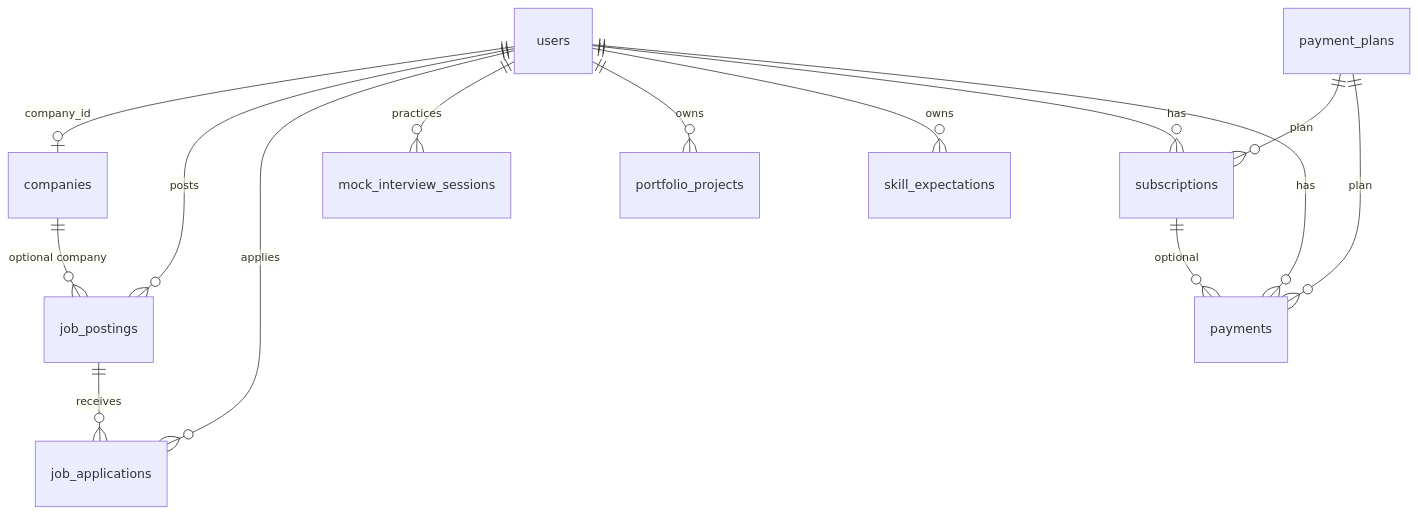
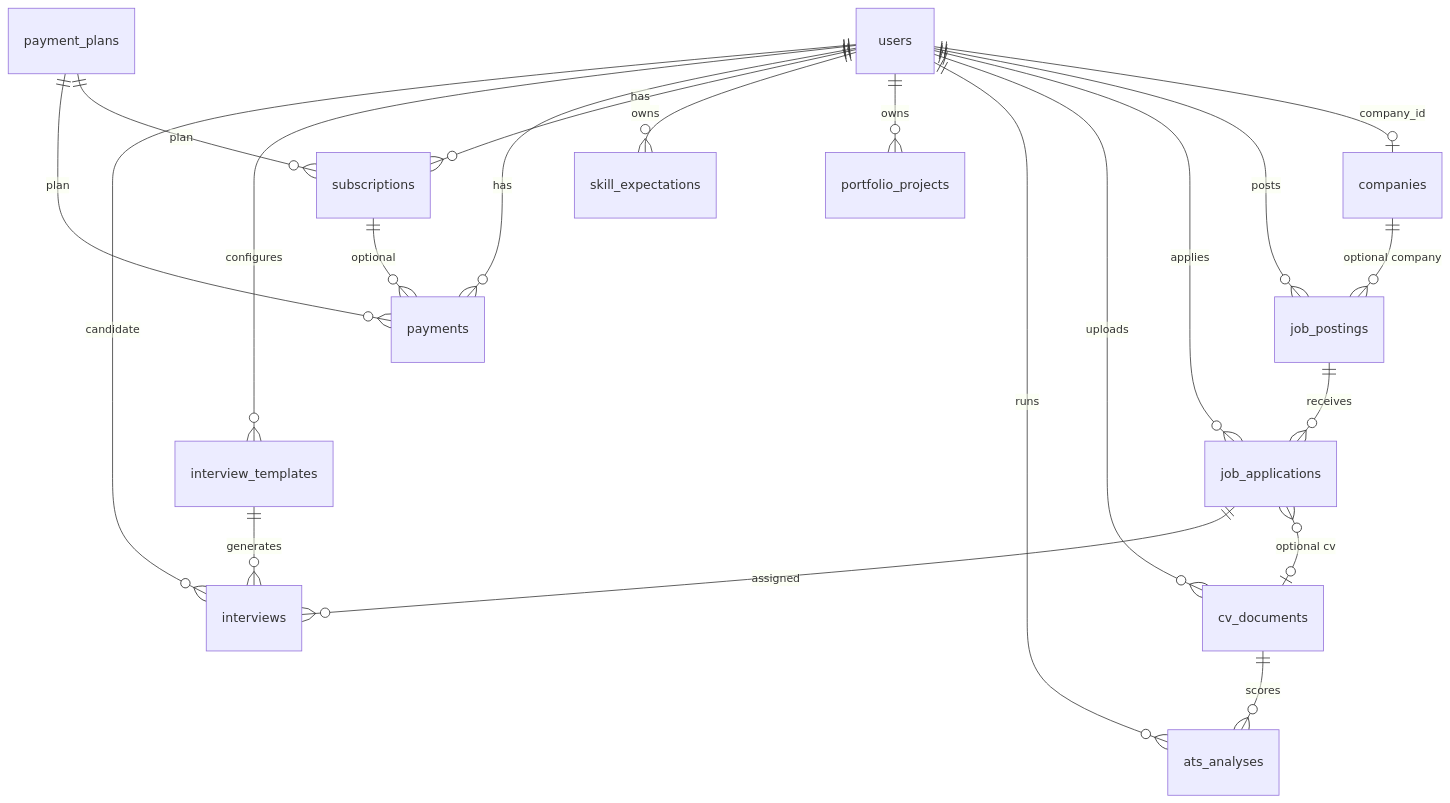
One commit to TharinduWijayarathna/hirely changed the diagram in docs/data-model.md. Above: the diagram before and after it, drawn with Mermaid. The commit also changed other lines of this file and 140 other files, not shown here.

````diff
--- a/docs/data-model.md
+++ b/docs/data-model.md
@@ -5,16 +5,23 @@
 ```mermaid
 erDiagram
   users ||--o| companies : "company_id"
   users ||--o{ job_postings : posts
   companies ||--o{ job_postings : "optional company"
   users ||--o{ job_applications : applies
   job_postings ||--o{ job_applications : receives
-  users ||--o{ mock_interview_sessions : practices
+  users ||--o{ cv_documents : uploads
+  cv_documents ||--o{ ats_analyses : scores
+  users ||--o{ ats_analyses : runs
+  job_applications }o--o| cv_documents : "optional cv"
   users ||--o{ portfolio_projects : owns
   users ||--o{ skill_expectations : owns
   users ||--o{ subscriptions : has
   users ||--o{ payments : has
+  users ||--o{ interview_templates : configures
+  interview_templates ||--o{ interviews : generates
+  job_applications ||--o{ interviews : "assigned"
+  users ||--o{ interviews : "candidate"
   payment_plans ||--o{ subscriptions : "plan"
   payment_plans ||--o{ payments : "plan"
   subscriptions ||--o{ payments : "optional"
 ```
````
